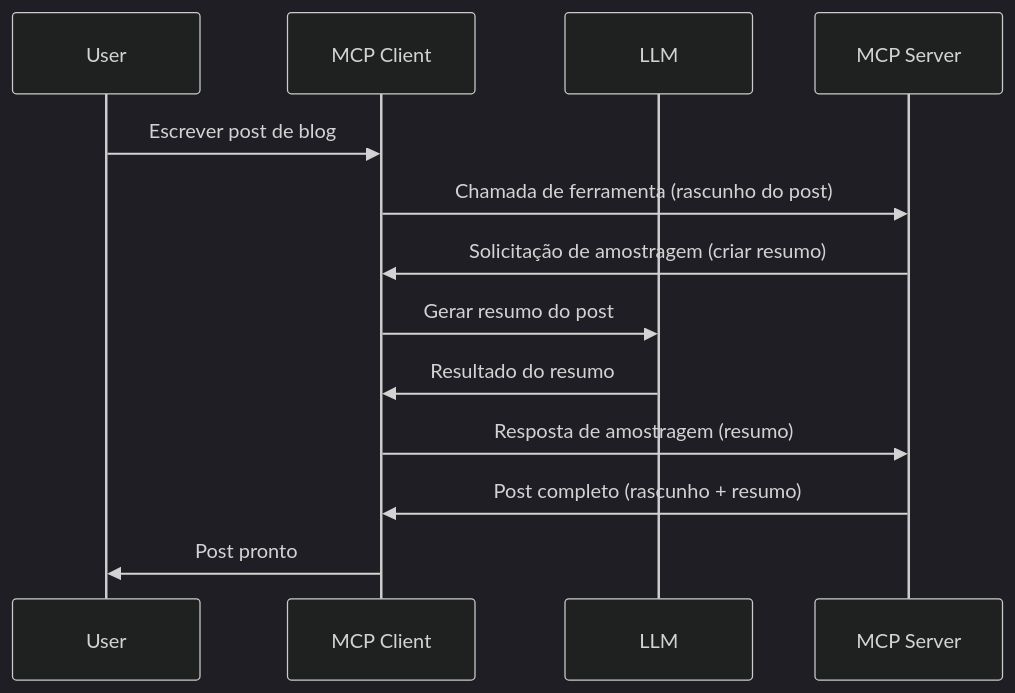
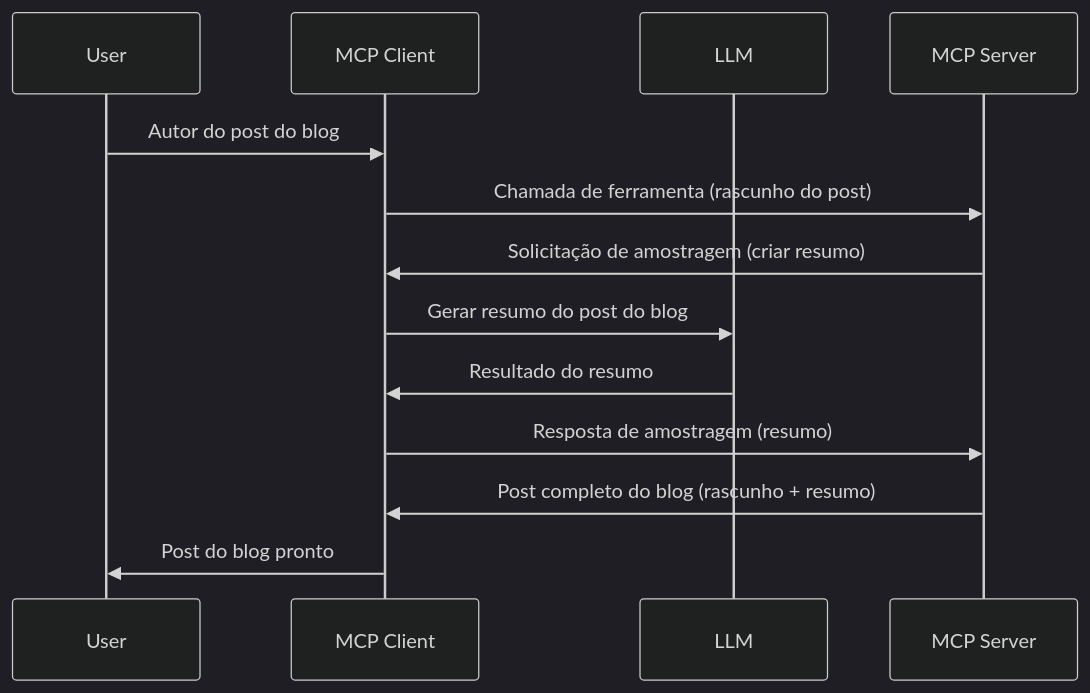
Before and after one commit to HIDORAKAI002/ai-workspace-archive: the diagram in mcp_ecosystem__model_context_protocol/mcp_learning_resources/mcp-for-beginners/translations/pt-BR/03-GettingStarted/14-sampling/README.md, drawn with Mermaid (dark theme). The commit also changed other lines of this file and 1539 other files, not shown here.

````diff
--- a/mcp_ecosystem__model_context_protocol/mcp_learning_resources/mcp-for-beginners/translations/pt-BR/03-GettingStarted/14-sampling/README.md
+++ b/mcp_ecosystem__model_context_protocol/mcp_learning_resources/mcp-for-beginners/translations/pt-BR/03-GettingStarted/14-sampling/README.md
@@ -23,16 +23,16 @@
 ```mermaid
 sequenceDiagram
     participant User
     participant MCP Client
     participant LLM
     participant MCP Server
 
-    User->>MCP Client: Escrever post de blog
+    User->>MCP Client: Autor do post do blog
     MCP Client->>MCP Server: Chamada de ferramenta (rascunho do post)
     MCP Server->>MCP Client: Solicitação de amostragem (criar resumo)
-    MCP Client->>LLM: Gerar resumo do post
+    MCP Client->>LLM: Gerar resumo do post do blog
     LLM->>MCP Client: Resultado do resumo
     MCP Client->>MCP Server: Resposta de amostragem (resumo)
-    MCP Server->>MCP Client: Post completo (rascunho + resumo)
-    MCP Client->>User: Post pronto
+    MCP Server->>MCP Client: Post completo do blog (rascunho + resumo)
+    MCP Client->>User: Post do blog pronto
 ```
````
